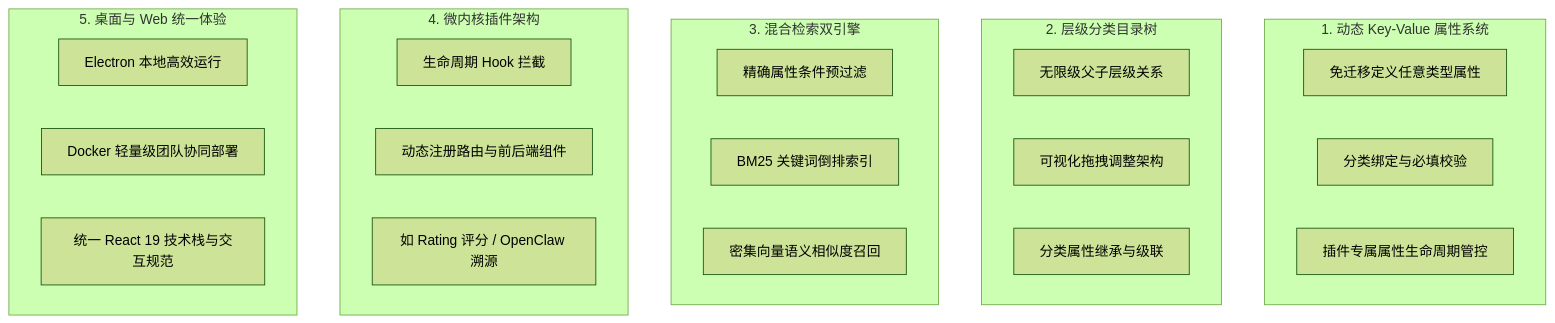
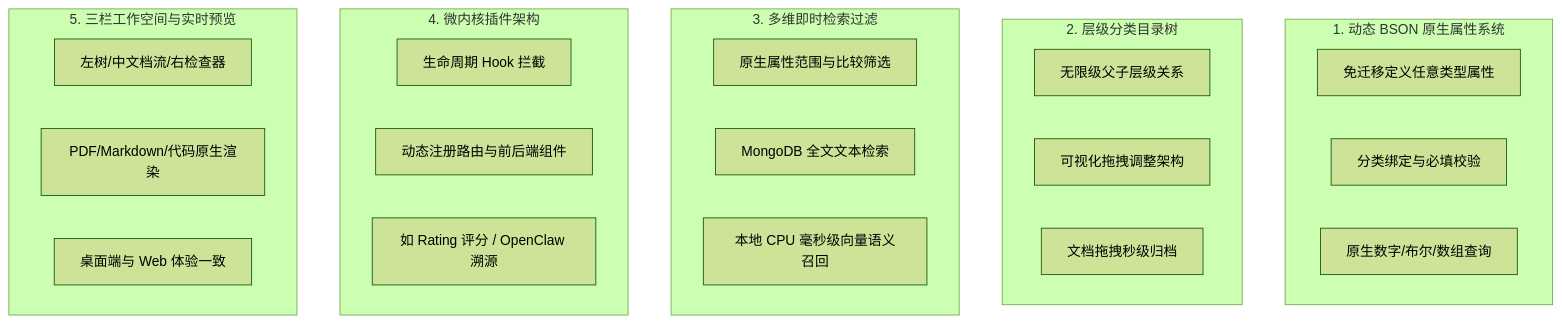
One commit to mcocdaa/KnowFlow changed the second of 3 diagrams in docs/product_research_and_plan.md. Above: the diagram before and after it, drawn with Mermaid (forest theme). The commit also changed other lines of this file and 1 other file, not shown here.

First line of the commit message:
docs & chore: update product roadmap and set dependabot to monthly (#52)

````diff
--- a/docs/product_research_and_plan.md
+++ b/docs/product_research_and_plan.md
@@ -131,32 +133,32 @@
 ```mermaid
 graph TD
-    subgraph Feature1["1. 动态 Key-Value 属性系统"]
+    subgraph Feature1["1. 动态 BSON 原生属性系统"]
         F1_1[免迁移定义任意类型属性]
         F1_2[分类绑定与必填校验]
-        F1_3[插件专属属性生命周期管控]
+        F1_3[原生数字/布尔/数组查询]
     end
 
     subgraph Feature2["2. 层级分类目录树"]
         F2_1[无限级父子层级关系]
         F2_2[可视化拖拽调整架构]
-        F2_3[分类属性继承与级联]
+        F2_3[文档拖拽秒级归档]
     end
 
-    subgraph Feature3["3. 混合检索双引擎"]
-        F3_1[精确属性条件预过滤]
-        F3_2[BM25 关键词倒排索引]
-        F3_3[密集向量语义相似度召回]
+    subgraph Feature3["3. 多维即时检索过滤"]
+        F3_1[原生属性范围与比较筛选]
+        F3_2[MongoDB 全文文本检索]
+        F3_3[本地 CPU 毫秒级向量语义召回]
     end
 
     subgraph Feature4["4. 微内核插件架构"]
         F4_1[生命周期 Hook 拦截]
         F4_2[动态注册路由与前后端组件]
         F4_3[如 Rating 评分 / OpenClaw 溯源]
     end
 
-    subgraph Feature5["5. 桌面与 Web 统一体验"]
-        F5_1[Electron 本地高效运行]
-        F5_2[Docker 轻量级团队协同部署]
-        F5_3[统一 React 19 技术栈与交互规范]
+    subgraph Feature5["5. 三栏工作空间与实时预览"]
+        F5_1[左树/中文档流/右检查器]
+        F5_2[PDF/Markdown/代码原生渲染]
+        F5_3[桌面端与 Web 体验一致]
     end
 ```
````
